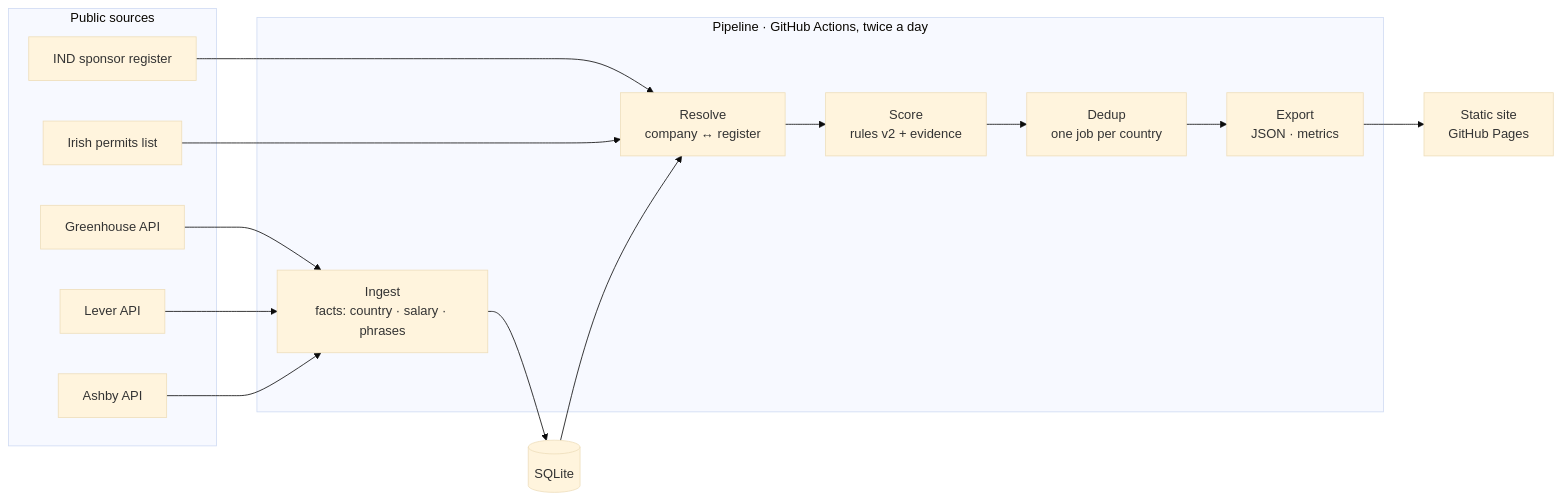
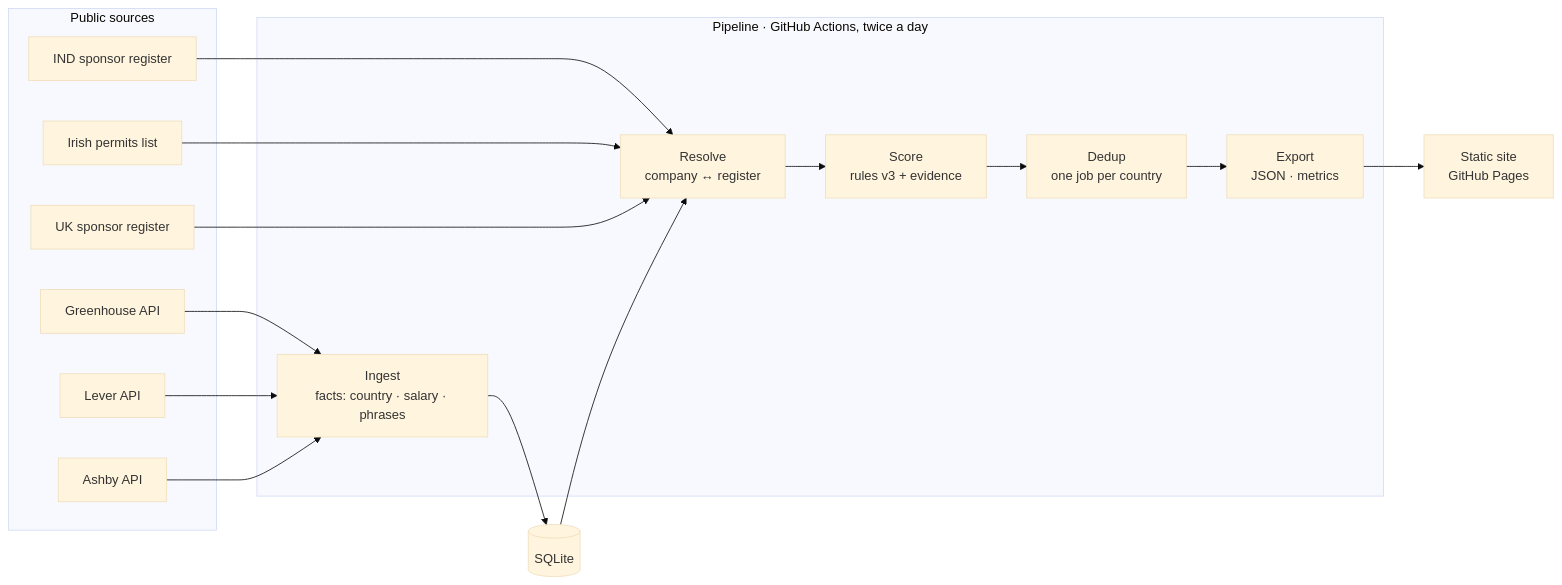
The diagram in README.md (ilker-ekin/hadijob), drawn with Mermaid (base theme) before and after one commit. The commit also changed other lines of this file, not shown here.

Commit message:
docs: showcase covers rules v3, nine countries and the UK register

````diff
--- a/README.md
+++ b/README.md
@@ -56,22 +56,23 @@
 ```mermaid
 flowchart LR
   subgraph Sources["Public sources"]
     GH[Greenhouse API]
     LV[Lever API]
     AB[Ashby API]
     IND[IND sponsor register]
     DETE[Irish permits list]
+    UK[UK sponsor register]
   end
   subgraph Pipeline["Pipeline · GitHub Actions, twice a day"]
     I[Ingest<br/>facts: country · salary · phrases]
     R[Resolve<br/>company ↔ register]
-    S[Score<br/>rules v2 + evidence]
+    S[Score<br/>rules v3 + evidence]
     D[Dedup<br/>one job per country]
     E[Export<br/>JSON · metrics]
   end
   DB[(SQLite)]
   Web[Static site<br/>GitHub Pages]
   GH & LV & AB --> I
-  IND & DETE --> R
+  IND & DETE & UK --> R
   I --> DB --> R --> S --> D --> E --> Web
 ```
````
